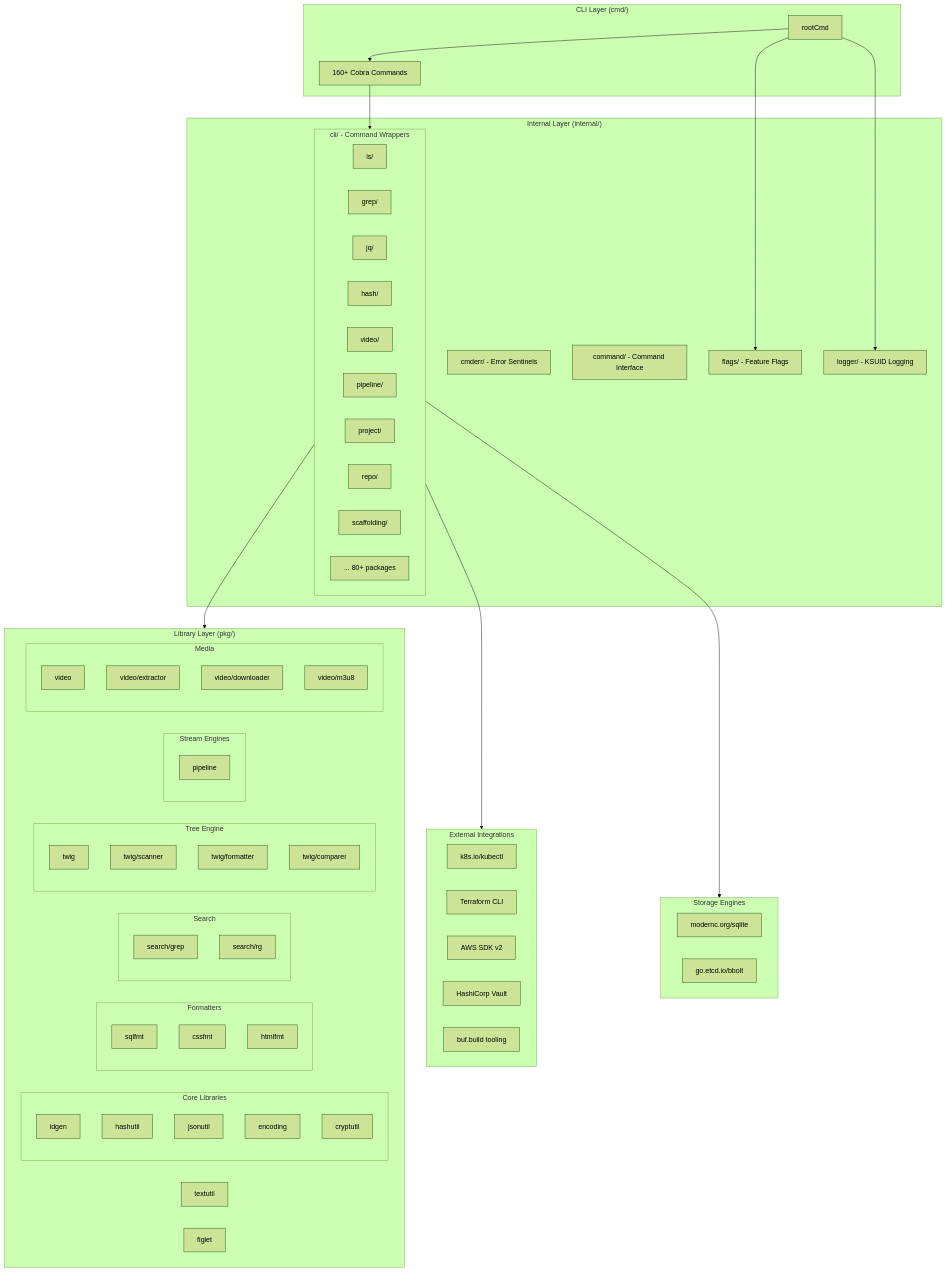
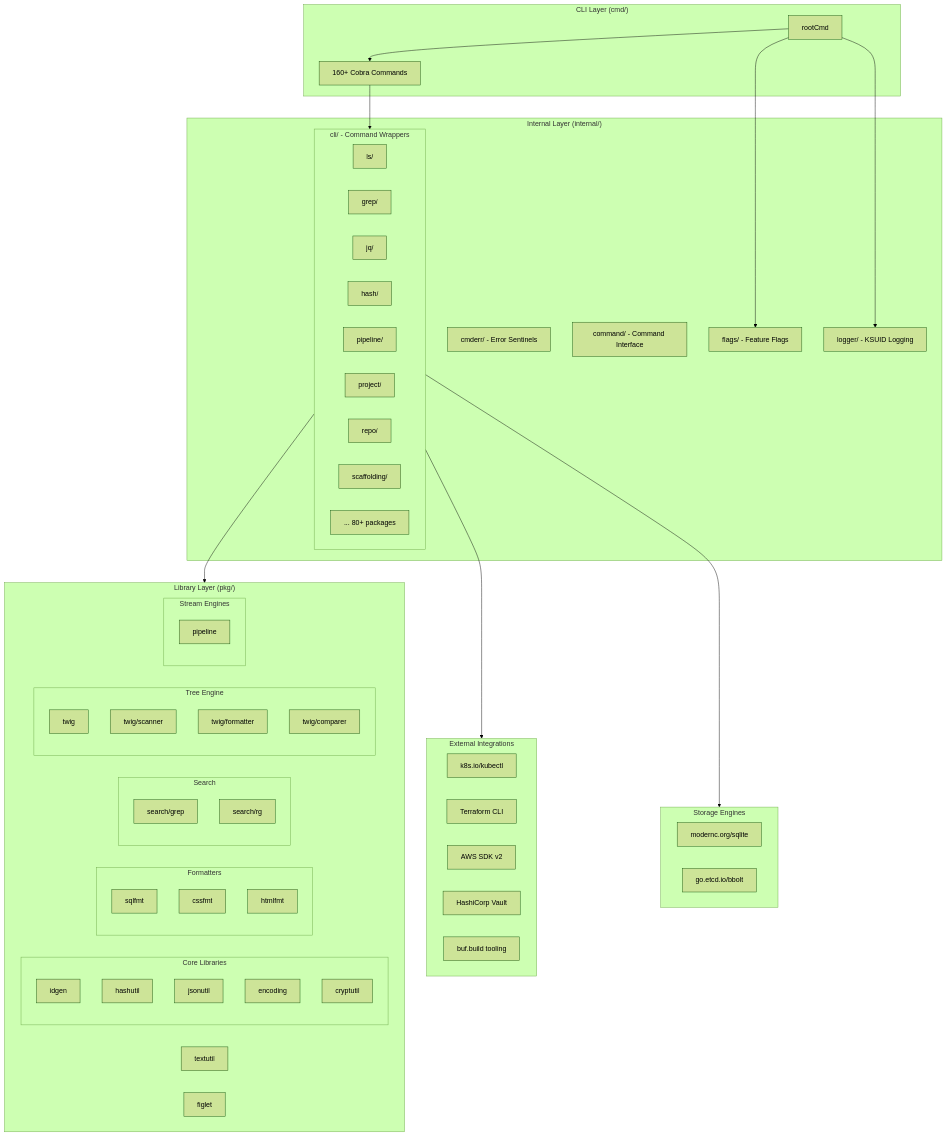
One commit to inovacc/omni changed the first of 5 diagrams in docs/ARCHITECTURE.md. Above: the diagram before and after it, drawn with Mermaid (forest theme). The commit also changed other lines of this file and 112 other files, not shown here.

Commit message:
chore(video): remove the video feature (commands, pkg, deps, docs) to keep the no-exec invariant absolute

```diff
--- a/docs/ARCHITECTURE.md
+++ b/docs/ARCHITECTURE.md
@@ -16,7 +16,6 @@
             Grep[grep/]
             JQ[jq/]
             Hash[hash/]
-            Video[video/]
             Pipeline[pipeline/]
             Project[project/]
             Repo[repo/]
@@ -55,12 +54,6 @@
         subgraph Stream["Stream Engines"]
             PipelinePkg[pipeline]
         end
-        subgraph Media["Media"]
-            VideoPkg[video]
-            Extractor[video/extractor]
-            Downloader[video/downloader]
-            M3U8[video/m3u8]
-        end
         TextUtil[textutil]
         Figlet[figlet]
     end
```
